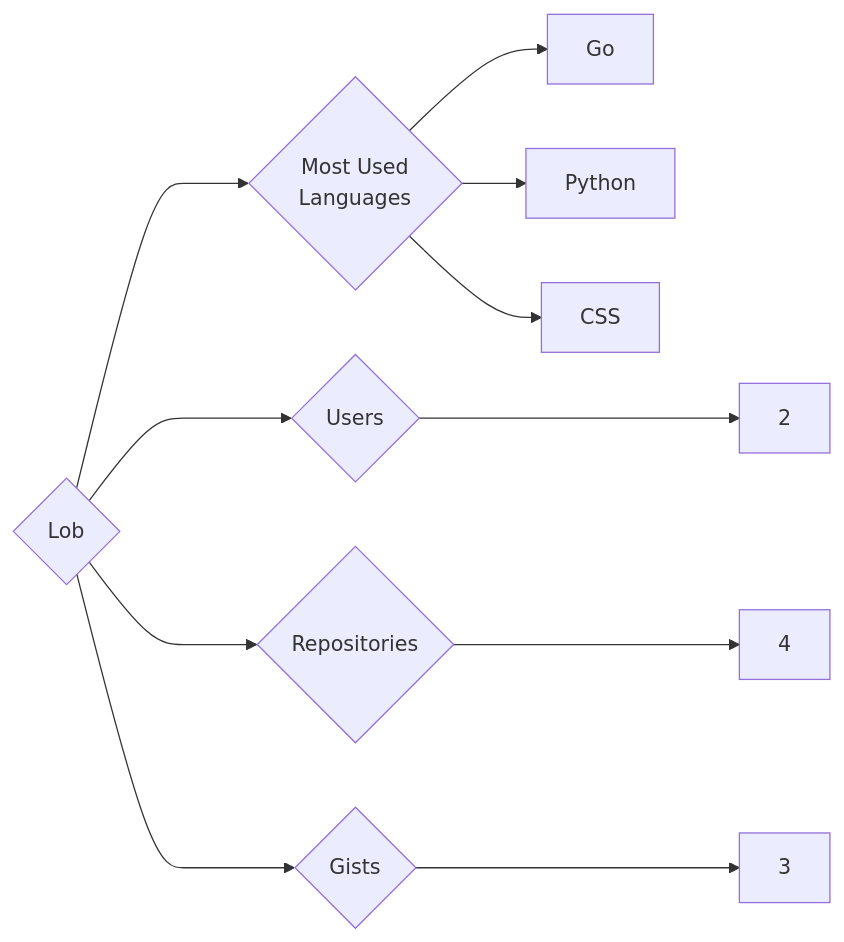
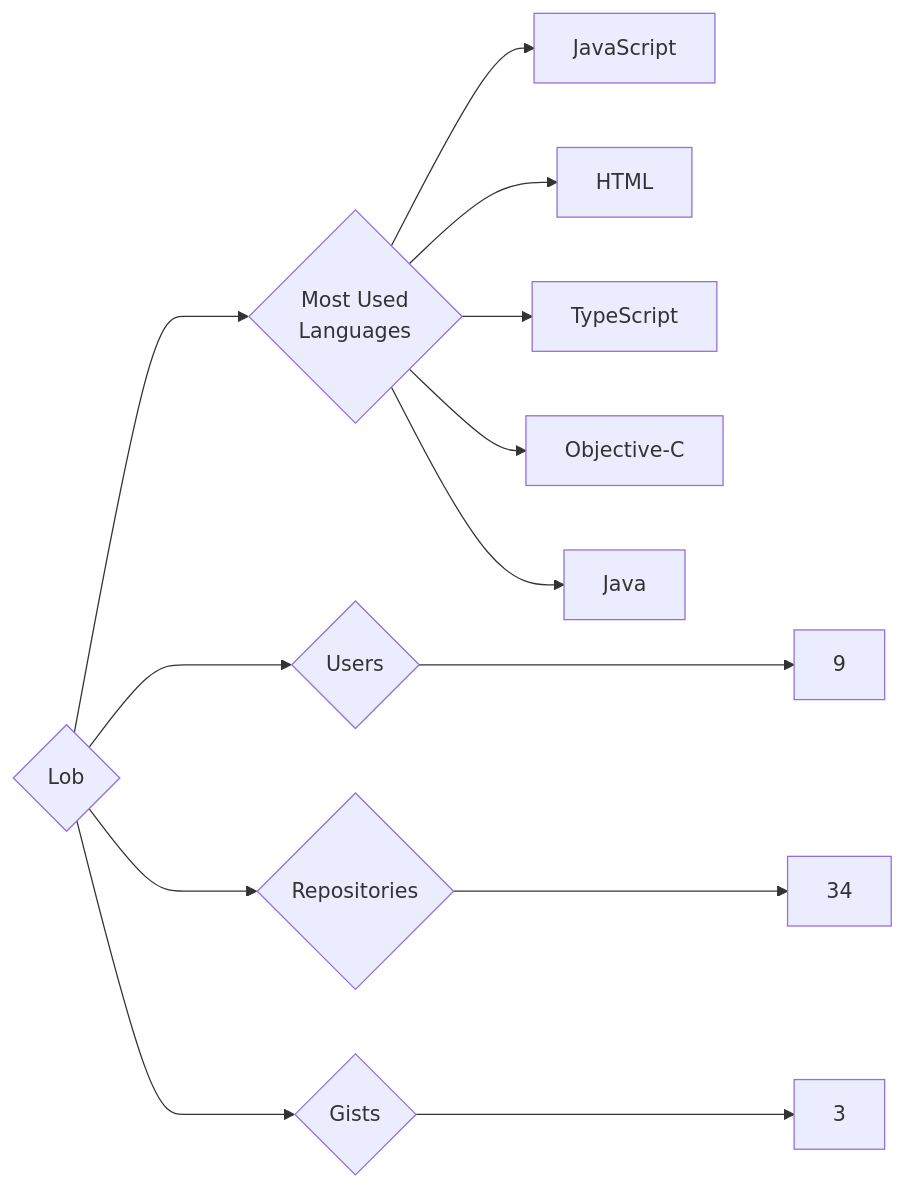
Before and after one commit to trickest/insiders: the diagram in targets/Lob/README.md, drawn with Mermaid. The commit also changed 912 other files, not shown here.

````diff
--- a/targets/Lob/README.md
+++ b/targets/Lob/README.md
@@ -3,11 +3,13 @@
 ```mermaid
 graph LR
 COMPANY_NAME{Lob}
-COMPANY_NAME ---> U{Users} ---> UN[2]
-COMPANY_NAME ---> R{Repositories} ---> RN[4]
+COMPANY_NAME ---> U{Users} ---> UN[9]
+COMPANY_NAME ---> R{Repositories} ---> RN[34]
 COMPANY_NAME ---> G{Gists} ---> GN[3]
 COMPANY_NAME ---> ML{Most Used<br>Languages}
-ML --> Go[Go]
-ML --> Python[Python]
-ML --> CSS[CSS]
+ML --> JavaScript[JavaScript]
+ML --> HTML[HTML]
+ML --> TypeScript[TypeScript]
+ML --> Objective-C[Objective-C]
+ML --> Java[Java]
 ```
````
